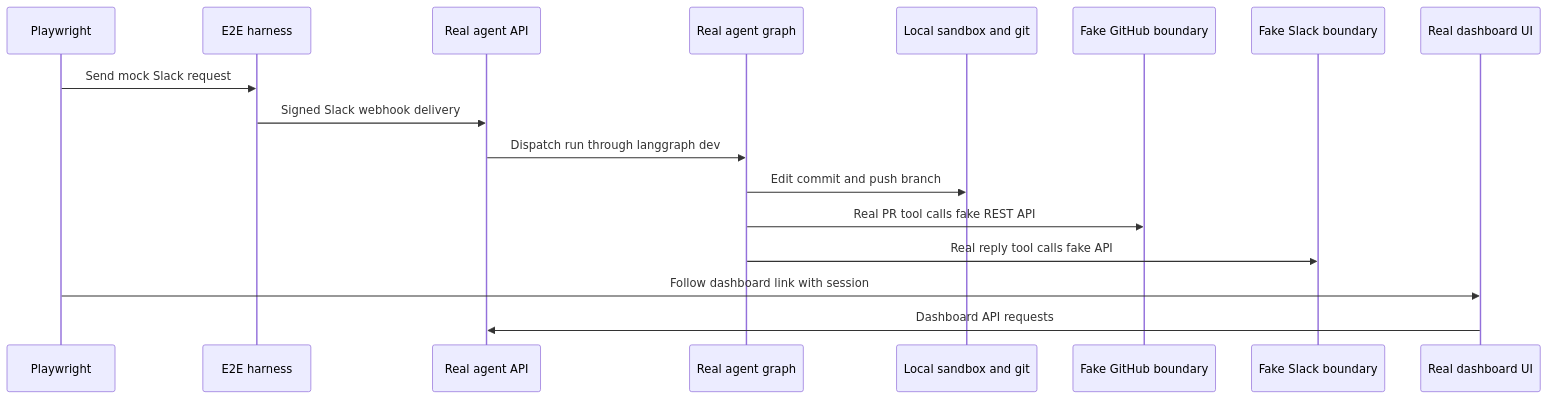
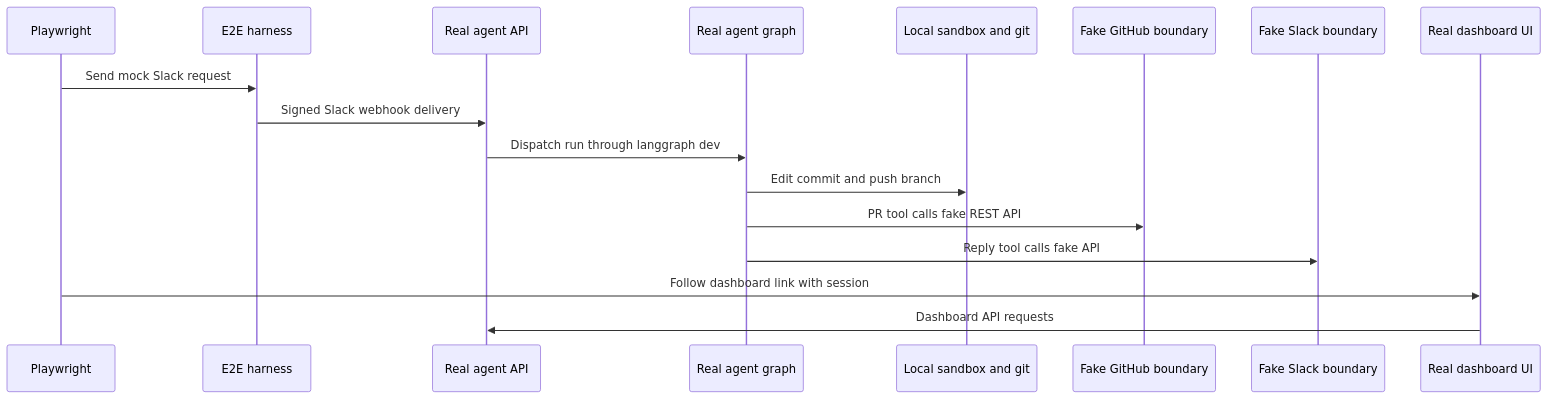
One commit to langchain-ai/open-swe changed the second of 2 diagrams in openwiki/testing/overview.md. Above: the diagram before and after it, drawn with Mermaid. The commit also changed other lines of this file and 21 other files, not shown here.

````diff
--- a/openwiki/testing/overview.md
+++ b/openwiki/testing/overview.md
@@ -143,19 +162,19 @@
 ```mermaid
 sequenceDiagram
     participant PW as Playwright
     participant Harness as E2E harness
     participant API as Real agent API
     participant Agent as Real agent graph
     participant Local as Local sandbox and git
     participant GitHub as Fake GitHub boundary
     participant Slack as Fake Slack boundary
     participant Dash as Real dashboard UI
     PW->>Harness: Send mock Slack request
     Harness->>API: Signed Slack webhook delivery
     API->>Agent: Dispatch run through langgraph dev
     Agent->>Local: Edit commit and push branch
-    Agent->>GitHub: Real PR tool calls fake REST API
-    Agent->>Slack: Real reply tool calls fake API
+    Agent->>GitHub: PR tool calls fake REST API
+    Agent->>Slack: Reply tool calls fake API
     PW->>Dash: Follow dashboard link with session
     Dash->>API: Dashboard API requests
 ```
````
